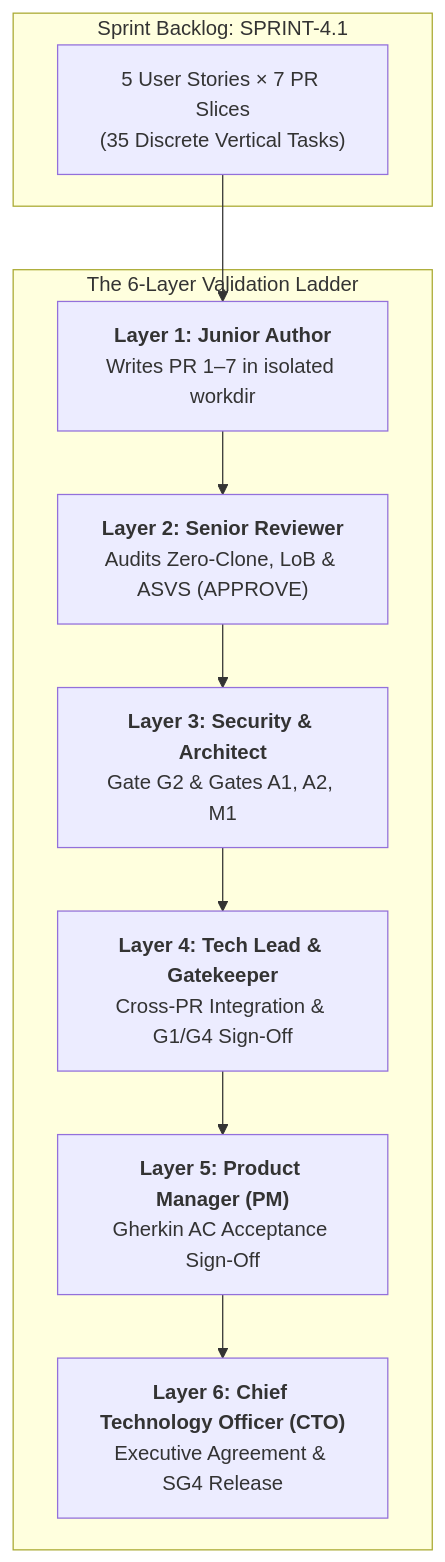
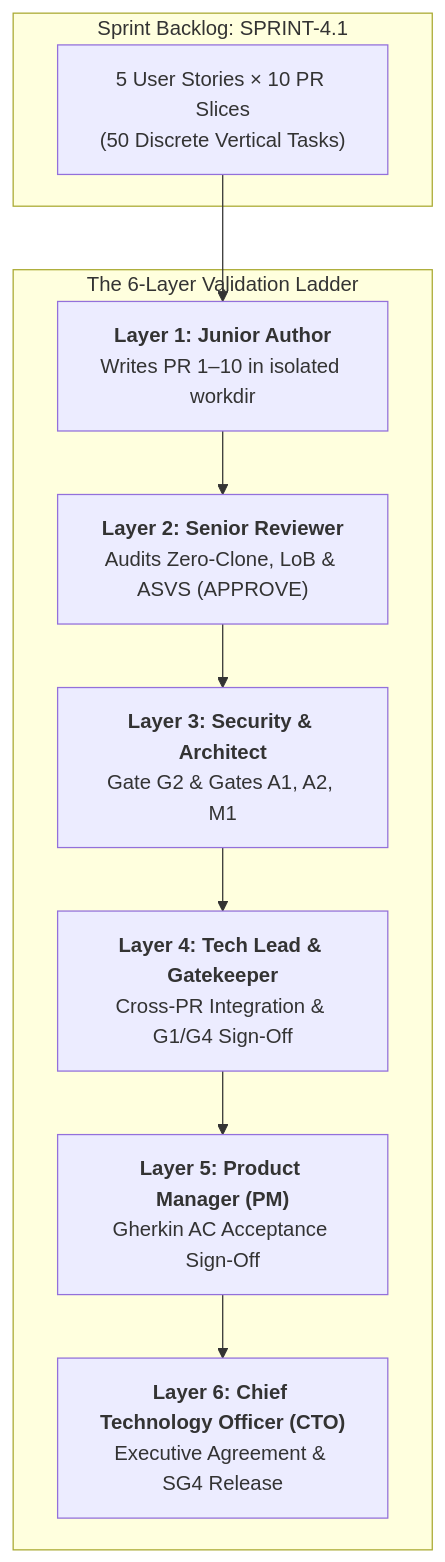
One commit to maheraladdin/some-commerce changed the diagram in docs/sprints/sprint-4.1.md. Above: the diagram before and after it, drawn with Mermaid. The commit also changed other lines of this file and 11 other files, not shown here.

Commit message:
docs(sprints): expand multi-agent implementation plans from 7 to 10 PRs aligned with 10-pillar architecture

````diff
--- a/docs/sprints/sprint-4.1.md
+++ b/docs/sprints/sprint-4.1.md
@@ -61,17 +61,17 @@
 ```mermaid
 flowchart TD
     subgraph "Sprint Backlog: SPRINT-4.1"
-        STORIES["5 User Stories × 7 PR Slices<br/>(35 Discrete Vertical Tasks)"]
+        STORIES["5 User Stories × 10 PR Slices<br/>(50 Discrete Vertical Tasks)"]
     end
 
     subgraph "The 6-Layer Validation Ladder"
-        L1["<b>Layer 1: Junior Author</b><br/>Writes PR 1–7 in isolated workdir"]
+        L1["<b>Layer 1: Junior Author</b><br/>Writes PR 1–10 in isolated workdir"]
         --> L2["<b>Layer 2: Senior Reviewer</b><br/>Audits Zero-Clone, LoB & ASVS (APPROVE)"]
         --> L3["<b>Layer 3: Security & Architect</b><br/>Gate G2 & Gates A1, A2, M1"]
         --> L4["<b>Layer 4: Tech Lead & Gatekeeper</b><br/>Cross-PR Integration & G1/G4 Sign-Off"]
         --> L5["<b>Layer 5: Product Manager (PM)</b><br/>Gherkin AC Acceptance Sign-Off"]
         --> L6["<b>Layer 6: Chief Technology Officer (CTO)</b><br/>Executive Agreement & SG4 Release"]
     end
 
     STORIES --> L1
 ```
````
